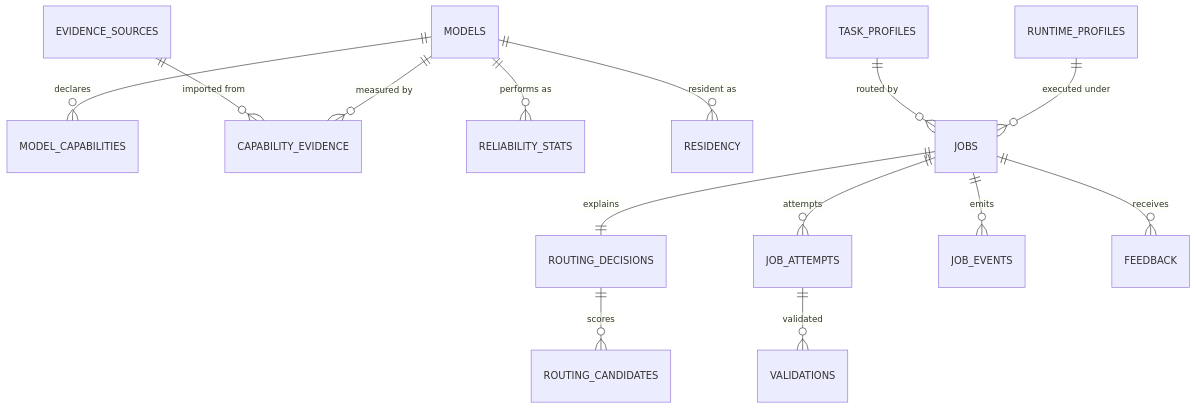
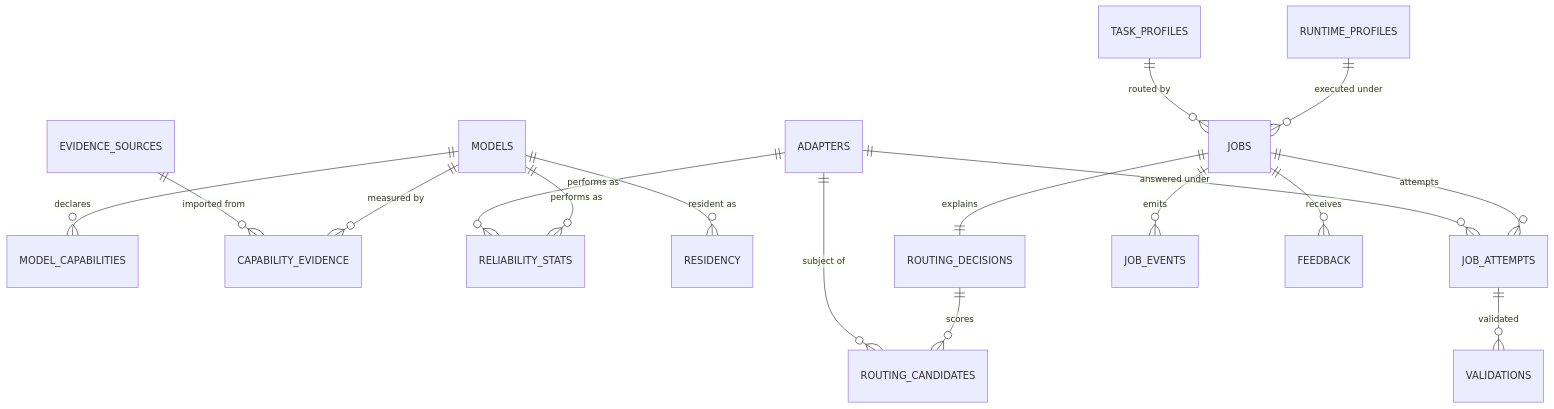
Before and after one commit to JPKell/LoadCoach: the diagram in docs/apps/loadcoach/data-model.md, drawn with Mermaid. The commit also changed other lines of this file and 4 other files, not shown here.

````diff
--- a/docs/apps/loadcoach/data-model.md
+++ b/docs/apps/loadcoach/data-model.md
@@ -11,16 +11,19 @@
 ```mermaid
 erDiagram
     MODELS              ||--o{ MODEL_CAPABILITIES : declares
     MODELS              ||--o{ CAPABILITY_EVIDENCE : "measured by"
     MODELS              ||--o{ RELIABILITY_STATS : "performs as"
     MODELS              ||--o{ RESIDENCY : "resident as"
     RUNTIME_PROFILES    ||--o{ JOBS : "executed under"
     TASK_PROFILES       ||--o{ JOBS : "routed by"
     JOBS                ||--|| ROUTING_DECISIONS : explains
     ROUTING_DECISIONS   ||--o{ ROUTING_CANDIDATES : scores
     JOBS                ||--o{ JOB_ATTEMPTS : attempts
     JOB_ATTEMPTS        ||--o{ VALIDATIONS : validated
     JOBS                ||--o{ JOB_EVENTS : emits
     JOBS                ||--o{ FEEDBACK : receives
     EVIDENCE_SOURCES    ||--o{ CAPABILITY_EVIDENCE : "imported from"
+    ADAPTERS            ||--o{ ROUTING_CANDIDATES : "subject of"
+    ADAPTERS            ||--o{ JOB_ATTEMPTS : "answered under"
+    ADAPTERS            ||--o{ RELIABILITY_STATS : "performs as"
 ```
````
